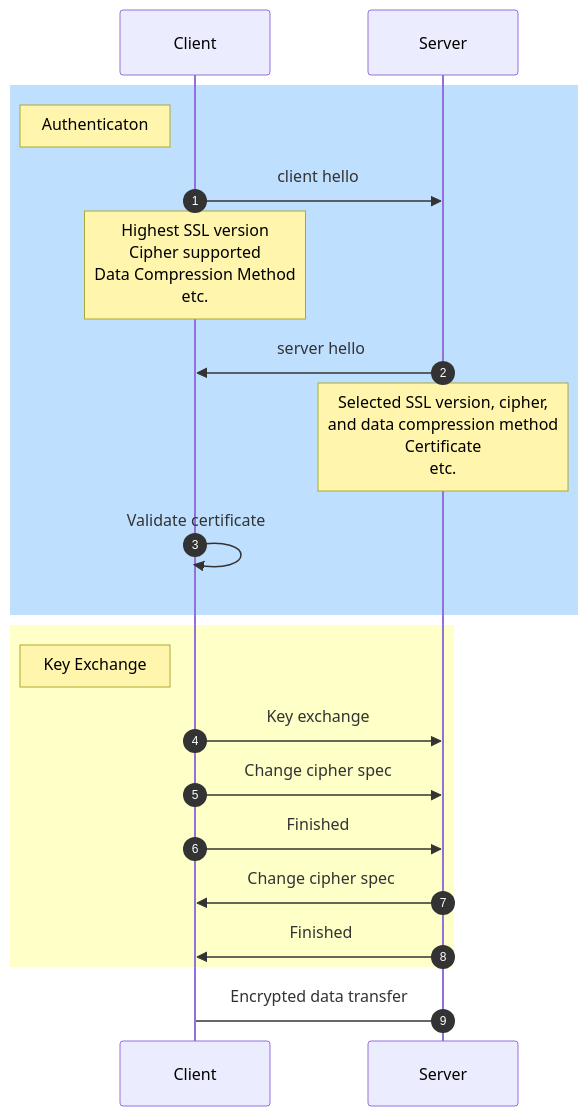
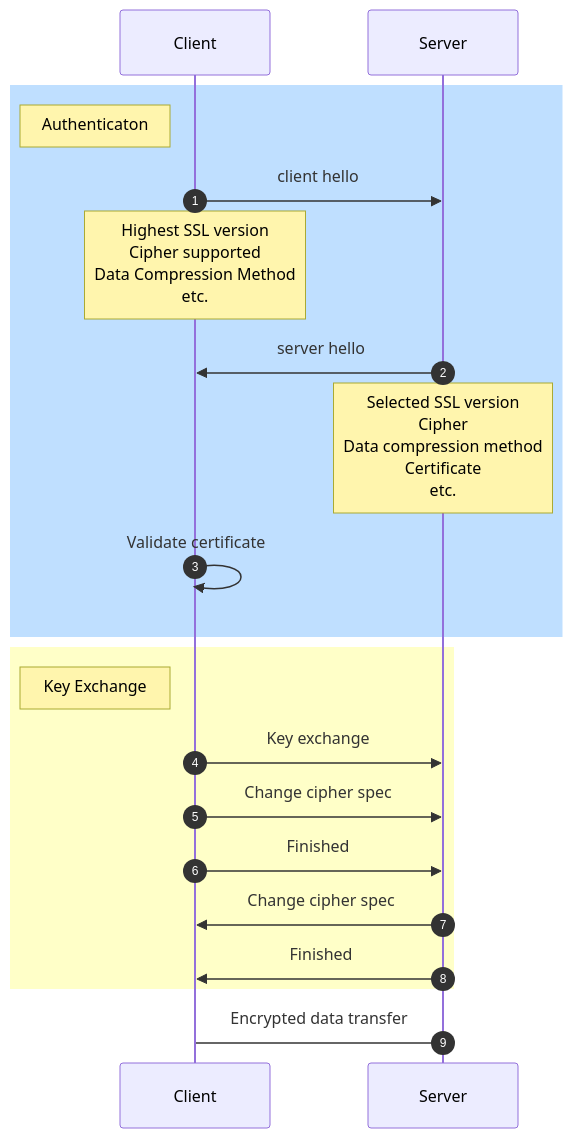
Before and after one commit to bingyangchen/KM-software: the diagram in Network/SSL & TLS.md, drawn with Mermaid. The commit also changed other lines of this file and 18 other files, not shown here.

````diff
--- a/Network/SSL & TLS.md
+++ b/Network/SSL & TLS.md
@@ -62,21 +62,21 @@
 ```mermaid
 sequenceDiagram
     autonumber
     rect rgb(191, 223, 255)
     note left of Client: Authenticaton
     Client ->> Server: client hello
     Note over Client: Highest SSL version<br/>Cipher supported<br/>Data Compression Method<br/>etc.
     Server ->> Client: server hello
-    Note over Server: Selected SSL version, cipher,<br/>and data compression method<br/>Certificate<br/>etc.
+    Note over Server: Selected SSL version<br/>Cipher<br/>Data compression method<br/>Certificate<br/>etc.
     Client ->> Client: Validate certificate
     end
     rect rgb(255, 255, 200)
     note left of Client: Key Exchange
     Client ->> Server: Key exchange
     Client ->> Server: Change cipher spec
     Client ->> Server: Finished
     Server ->> Client: Change cipher spec
     Server ->> Client: Finished
     end
     Server -> Client: Encrypted data transfer
 ```
````
